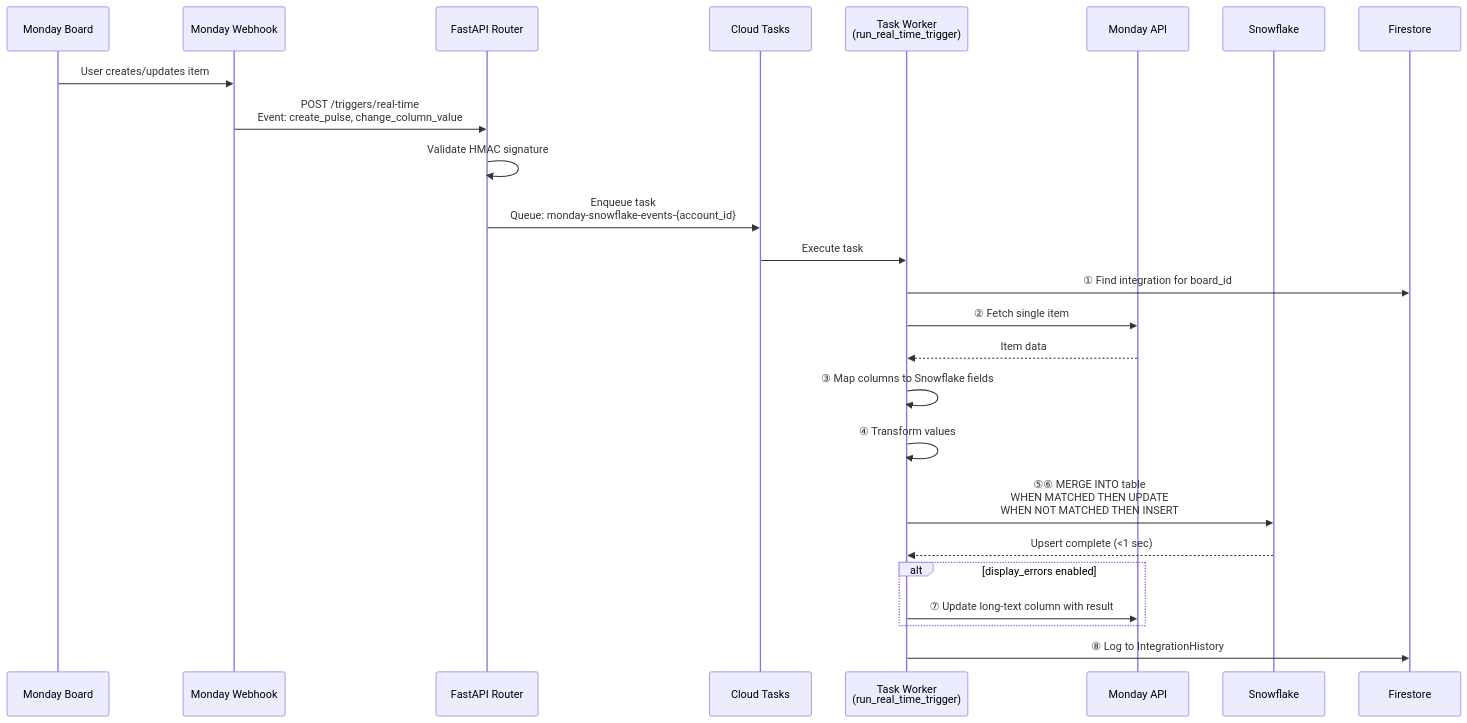
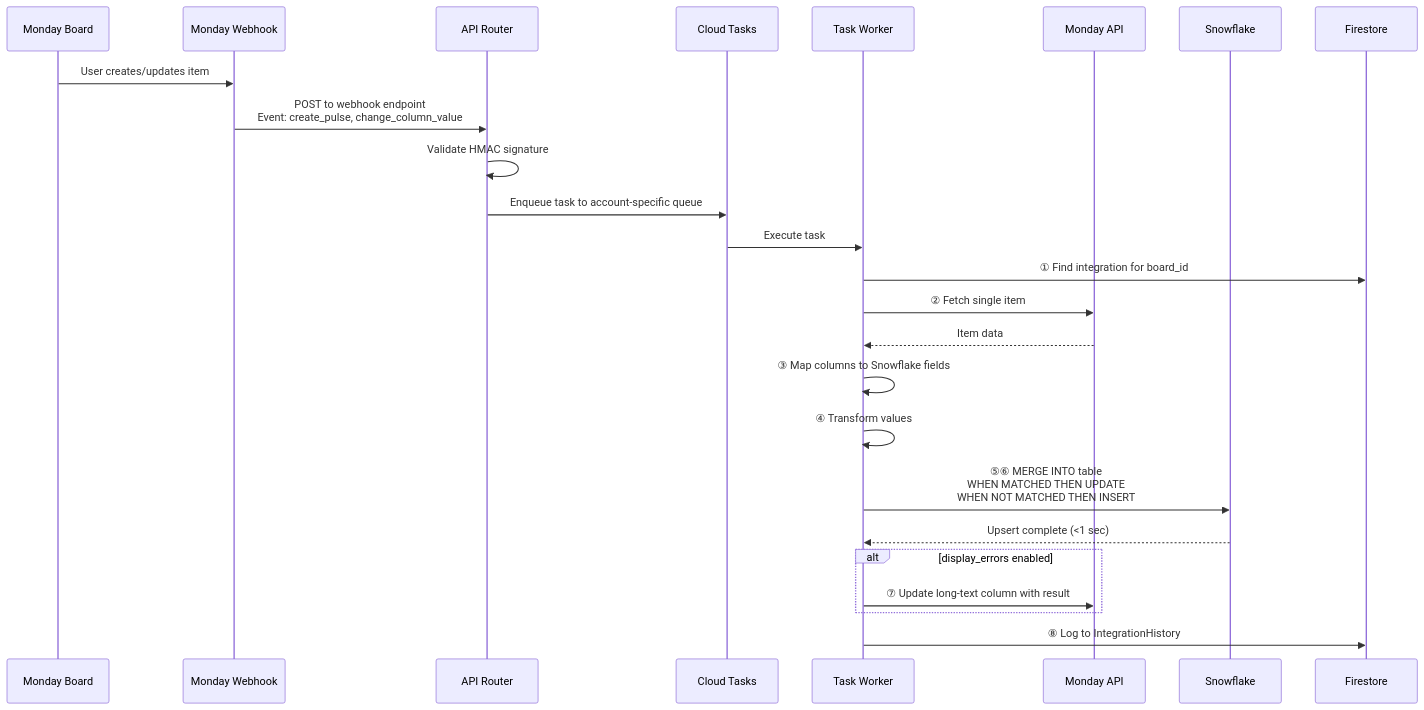
One commit to expressintegrations/monday-snowflake-docs changed the fourth of 7 diagrams in INTEGRATION_OVERVIEW.md. Above: the diagram before and after it, drawn with Mermaid. The commit also changed other lines of this file, not shown here.

Commit message:
Enhance integration documentation with updated architecture, capabilities, and support sections

````diff
--- a/INTEGRATION_OVERVIEW.md
+++ b/INTEGRATION_OVERVIEW.md
@@ -167,33 +170,33 @@
 ```mermaid
 sequenceDiagram
     participant Board as Monday Board
     participant Webhook as Monday Webhook
-    participant Router as FastAPI Router
+    participant Router as API Router
     participant Queue as Cloud Tasks
-    participant Worker as Task Worker<br/>(run_real_time_trigger)
+    participant Worker as Task Worker
     participant Monday as Monday API
     participant SF as Snowflake
     participant FS as Firestore
 
     Board->>Webhook: User creates/updates item
-    Webhook->>Router: POST /triggers/real-time<br/>Event: create_pulse, change_column_value
+    Webhook->>Router: POST to webhook endpoint<br/>Event: create_pulse, change_column_value
     Router->>Router: Validate HMAC signature
-    Router->>Queue: Enqueue task<br/>Queue: monday-snowflake-events-{account_id}
+    Router->>Queue: Enqueue task to account-specific queue
 
     Queue->>Worker: Execute task
     Worker->>FS: ① Find integration for board_id
     Worker->>Monday: ② Fetch single item
     Monday-->>Worker: Item data
 
     Worker->>Worker: ③ Map columns to Snowflake fields
     Worker->>Worker: ④ Transform values
 
     Worker->>SF: ⑤⑥ MERGE INTO table<br/>WHEN MATCHED THEN UPDATE<br/>WHEN NOT MATCHED THEN INSERT
     SF-->>Worker: Upsert complete (<1 sec)
 
     alt display_errors enabled
         Worker->>Monday: ⑦ Update long-text column with result
     end
 
     Worker->>FS: ⑧ Log to IntegrationHistory
 ```
````
